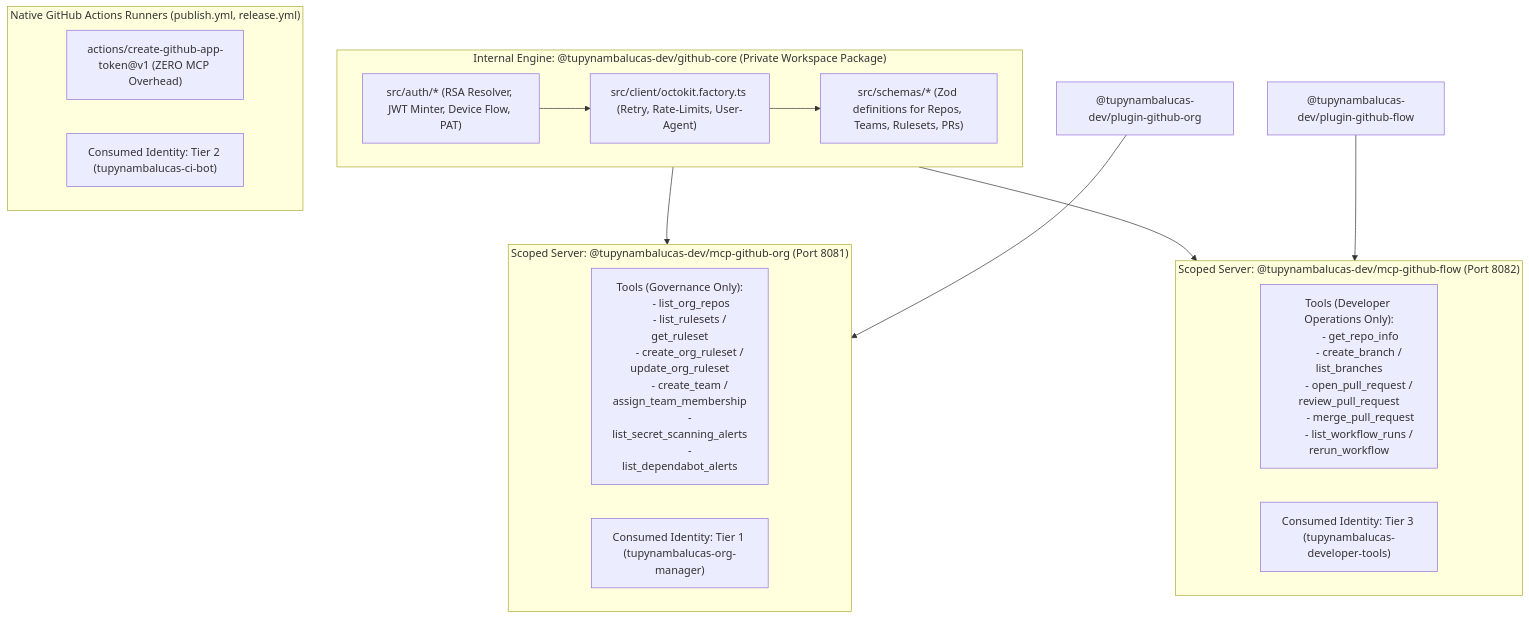
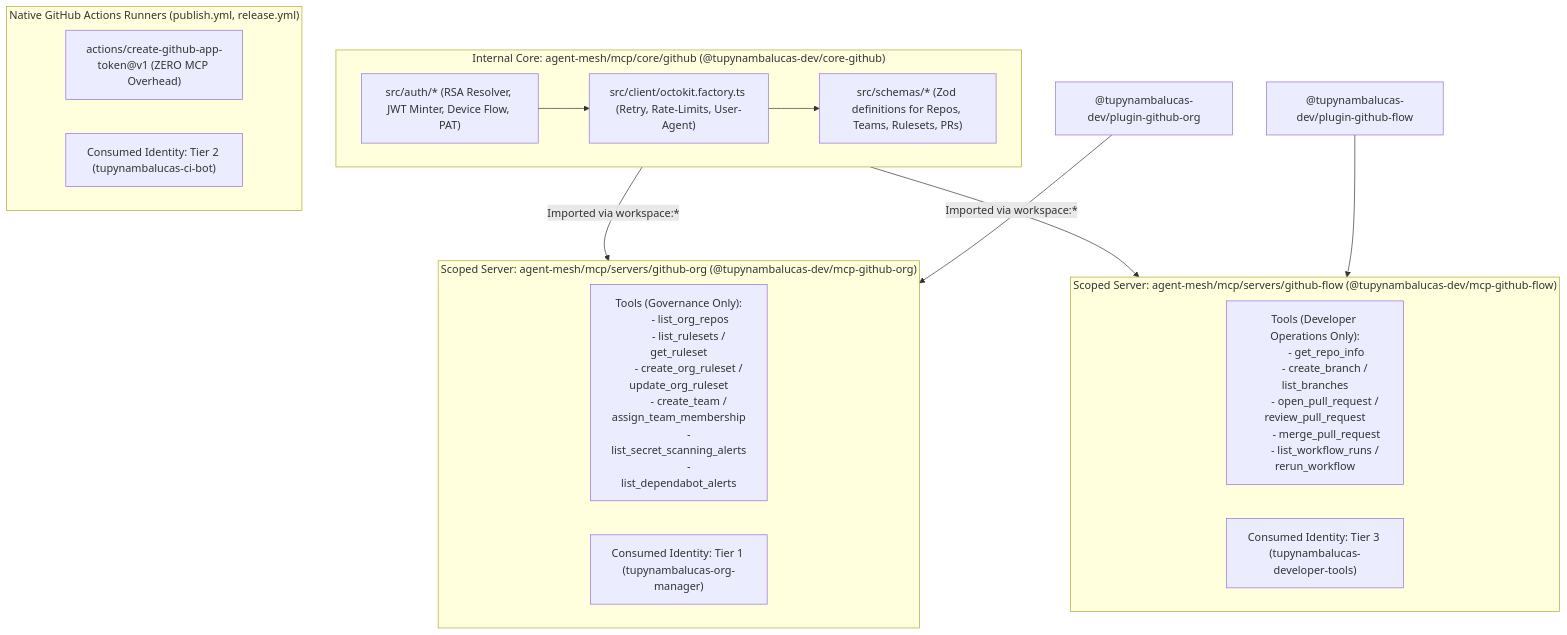
Before and after one commit to tupynambalucas-dev/agent-mesh: the first of 2 diagrams in .agents/analyses/mcp-architecture-single-vs-modular-github-apps.md, drawn with Mermaid. The commit also changed other lines of this file, not shown here.

Commit message:
docs(analyses): incorporate bounded context monorepo directory taxonomy into mcp architecture record (#38)

````diff
--- a/.agents/analyses/mcp-architecture-single-vs-modular-github-apps.md
+++ b/.agents/analyses/mcp-architecture-single-vs-modular-github-apps.md
@@ -131,42 +137,42 @@
 ```mermaid
 flowchart TD
-    subgraph CoreLayer ["Internal Engine: @tupynambalucas-dev/github-core (Private Workspace Package)"]
+    subgraph CoreLayer ["Internal Core: agent-mesh/mcp/core/github (@tupynambalucas-dev/core-github)"]
         AuthModule["src/auth/* (RSA Resolver, JWT Minter, Device Flow, PAT)"]
         OctokitFactory["src/client/octokit.factory.ts (Retry, Rate-Limits, User-Agent)"]
         Schemas["src/schemas/* (Zod definitions for Repos, Teams, Rulesets, PRs)"]
         AuthModule --> OctokitFactory
         OctokitFactory --> Schemas
     end
 
-    subgraph ServerOrg ["Scoped Server: @tupynambalucas-dev/mcp-github-org (Port 8081)"]
+    subgraph ServerOrg ["Scoped Server: agent-mesh/mcp/servers/github-org (@tupynambalucas-dev/mcp-github-org)"]
         ToolsOrg["Tools (Governance Only):
         - list_org_repos
         - list_rulesets / get_ruleset
         - create_org_ruleset / update_org_ruleset
         - create_team / assign_team_membership
         - list_secret_scanning_alerts
         - list_dependabot_alerts"]
         IdentityOrg["Consumed Identity: Tier 1 (tupynambalucas-org-manager)"]
     end
 
-    subgraph ServerFlow ["Scoped Server: @tupynambalucas-dev/mcp-github-flow (Port 8082)"]
+    subgraph ServerFlow ["Scoped Server: agent-mesh/mcp/servers/github-flow (@tupynambalucas-dev/mcp-github-flow)"]
         ToolsFlow["Tools (Developer Operations Only):
         - get_repo_info
         - create_branch / list_branches
         - open_pull_request / review_pull_request
         - merge_pull_request
         - list_workflow_runs / rerun_workflow"]
         IdentityFlow["Consumed Identity: Tier 3 (tupynambalucas-developer-tools)"]
     end
 
     subgraph CIWorkflows ["Native GitHub Actions Runners (publish.yml, release.yml)"]
         NativeAction["actions/create-github-app-token@v1 (ZERO MCP Overhead)"]
         IdentityCI["Consumed Identity: Tier 2 (tupynambalucas-ci-bot)"]
     end
 
-    CoreLayer --> ServerOrg
-    CoreLayer --> ServerFlow
+    CoreLayer -- "Imported via workspace:*" --> ServerOrg
+    CoreLayer -- "Imported via workspace:*" --> ServerFlow
 
     PluginOrg["@tupynambalucas-dev/plugin-github-org"] --> ServerOrg
     PluginFlow["@tupynambalucas-dev/plugin-github-flow"] --> ServerFlow
 ```
````
